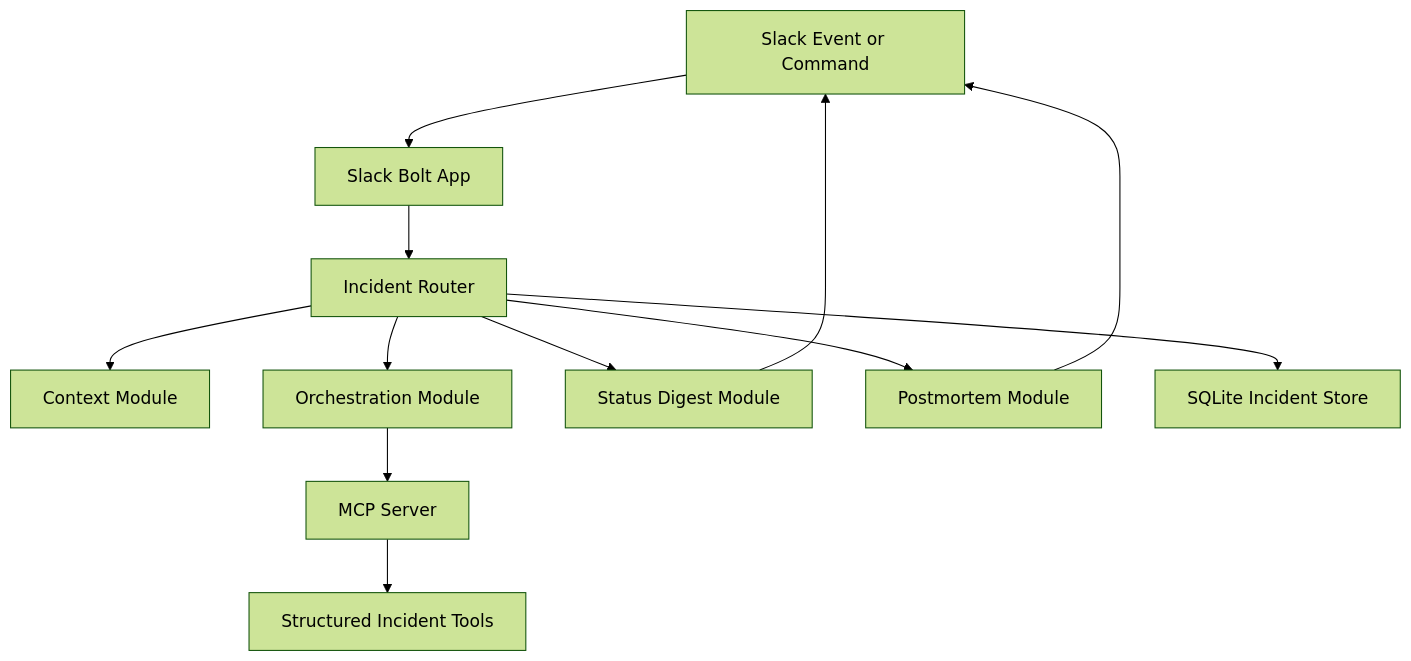
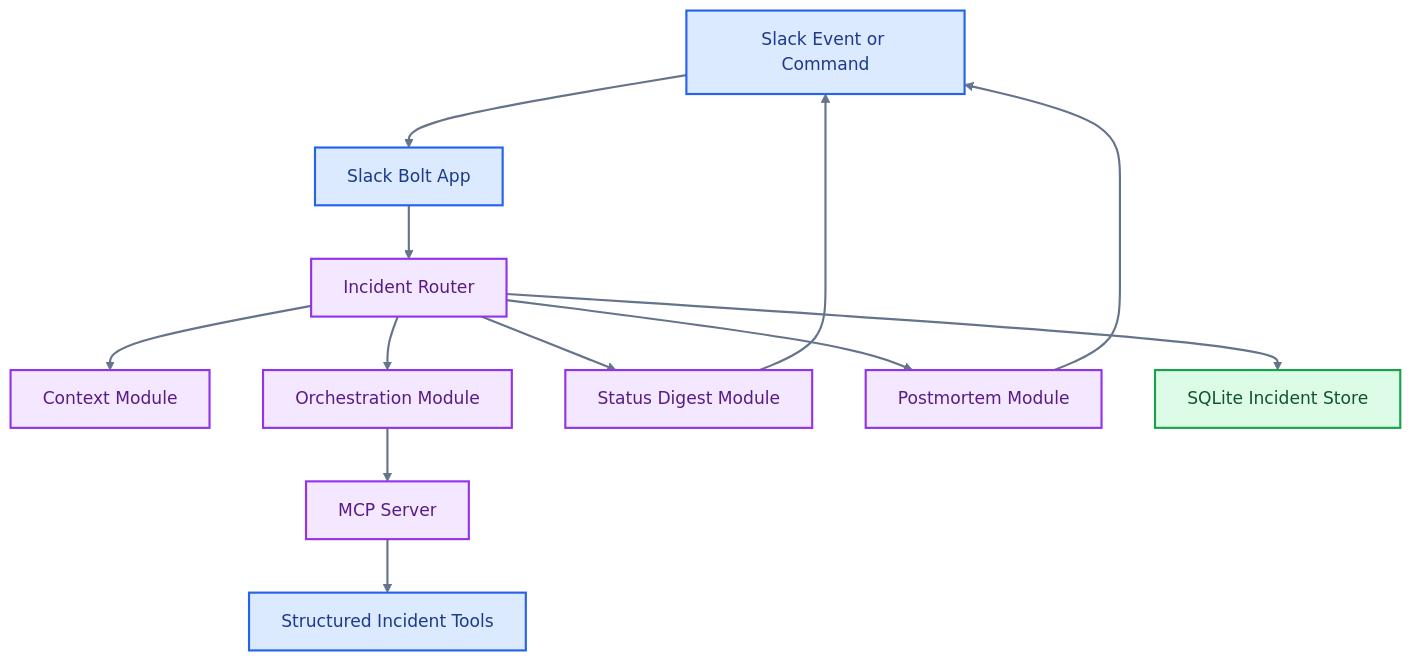
One commit to skx56/Relay-AI-Incident-Commander-for-Slack changed the diagram in README.md. Above: the diagram before and after it, drawn with Mermaid (forest theme).

Commit message:
Colorize README architecture diagram

````diff
--- a/README.md
+++ b/README.md
@@ -30,14 +30,24 @@
 ```mermaid
 flowchart TD
   Slack["Slack Event or Command"] --> App["Slack Bolt App"]
   App --> Router["Incident Router"]
   Router --> Context["Context Module"]
   Router --> Orchestrator["Orchestration Module"]
   Router --> Digest["Status Digest Module"]
   Router --> Postmortem["Postmortem Module"]
   Orchestrator --> MCP["MCP Server"]
   MCP --> Tools["Structured Incident Tools"]
   Router --> DB["SQLite Incident Store"]
   Digest --> Slack
   Postmortem --> Slack
+
+  classDef inputs fill:#FEF3C7,stroke:#D97706,color:#78350F,stroke-width:2px;
+  classDef process fill:#DBEAFE,stroke:#2563EB,color:#1E3A8A,stroke-width:2px;
+  classDef data fill:#DCFCE7,stroke:#16A34A,color:#14532D,stroke-width:2px;
+  classDef agent fill:#F3E8FF,stroke:#9333EA,color:#581C87,stroke-width:2px;
+  classDef output fill:#FFE4E6,stroke:#E11D48,color:#881337,stroke-width:2px;
+  class Slack,App,Tools process;
+  class DB data;
+  class Router,Context,Orchestrator,Digest,Postmortem,MCP agent;
+  linkStyle default stroke:#64748B,stroke-width:2px;
 ```
````
